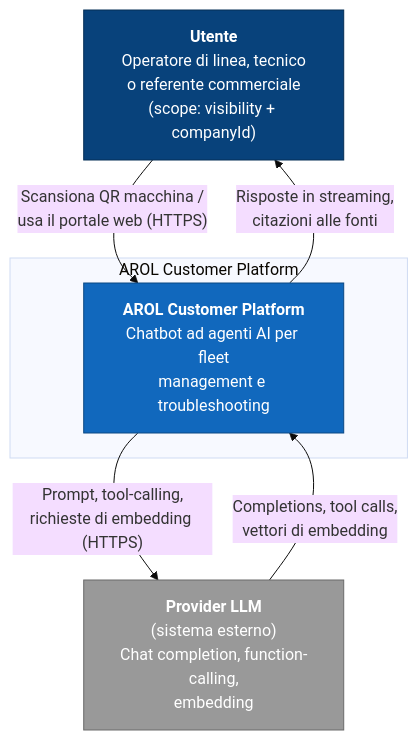
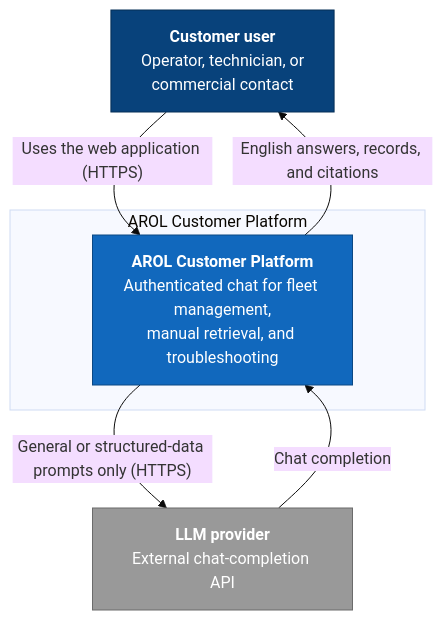
One commit to alicebucco/arol-project-q2 changed the diagram in docs/architecture/01-context.md. Above: the diagram before and after it, drawn with Mermaid (base theme). The commit also changed other lines of this file and 38 other files, not shown here.

````diff
--- a/docs/architecture/01-context.md
+++ b/docs/architecture/01-context.md
@@ -16,19 +24,19 @@
 ```mermaid
 flowchart TB
     classDef person fill:#08427b,stroke:#052e56,color:#ffffff
     classDef system fill:#1168bd,stroke:#0b4884,color:#ffffff
     classDef external fill:#999999,stroke:#6b6b6b,color:#ffffff
 
-    User["<b>Utente</b><br/>Operatore di linea, tecnico<br/>o referente commerciale<br/>(scope: visibility + companyId)"]:::person
+    User["<b>Customer user</b><br/>Operator, technician, or<br/>commercial contact"]:::person
 
     subgraph Boundary["AROL Customer Platform"]
-        System["<b>AROL Customer Platform</b><br/>Chatbot ad agenti AI per fleet<br/>management e troubleshooting"]:::system
+        System["<b>AROL Customer Platform</b><br/>Authenticated chat for fleet management,<br/>manual retrieval, and troubleshooting"]:::system
     end
 
-    LLM["<b>Provider LLM</b><br/>(sistema esterno)<br/>Chat completion, function-calling,<br/>embedding"]:::external
+    LLM["<b>LLM provider</b><br/>External chat-completion API"]:::external
 
-    User -->|"Scansiona QR macchina /<br/>usa il portale web (HTTPS)"| System
-    System -->|"Risposte in streaming,<br/>citazioni alle fonti"| User
-    System -->|"Prompt, tool-calling,<br/>richieste di embedding (HTTPS)"| LLM
-    LLM -->|"Completions, tool calls,<br/>vettori di embedding"| System
+    User -->|"Uses the web application (HTTPS)"| System
+    System -->|"English answers, records, and citations"| User
+    System -->|"General or structured-data prompts only (HTTPS)"| LLM
+    LLM -->|"Chat completion"| System
 ```
````
